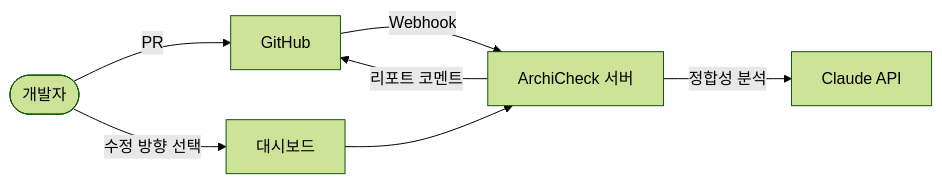
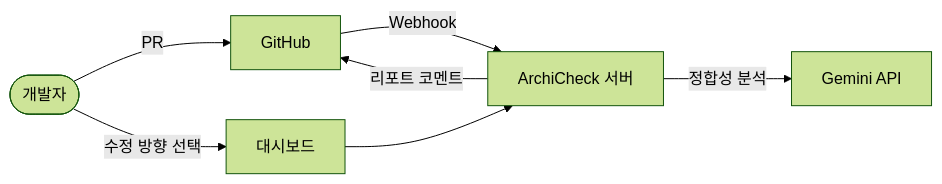
Before and after one commit to Jindahye/archicheck: the diagram in README.md, drawn with Mermaid (forest theme). The commit also changed other lines of this file and 9 other files, not shown here.

Commit message:
feat: AI 호출을 Claude API에서 Gemini API로 변경

````diff
--- a/README.md
+++ b/README.md
@@ -23,9 +23,9 @@
 ```mermaid
 flowchart LR
     Dev([개발자]) -->|PR| GH[GitHub]
     GH -->|Webhook| S[ArchiCheck 서버]
-    S -->|정합성 분석| AI[Claude API]
+    S -->|정합성 분석| AI[Gemini API]
     S -->|리포트 코멘트| GH
     Dev -->|수정 방향 선택| D[대시보드]
     D --> S
 ```
````
